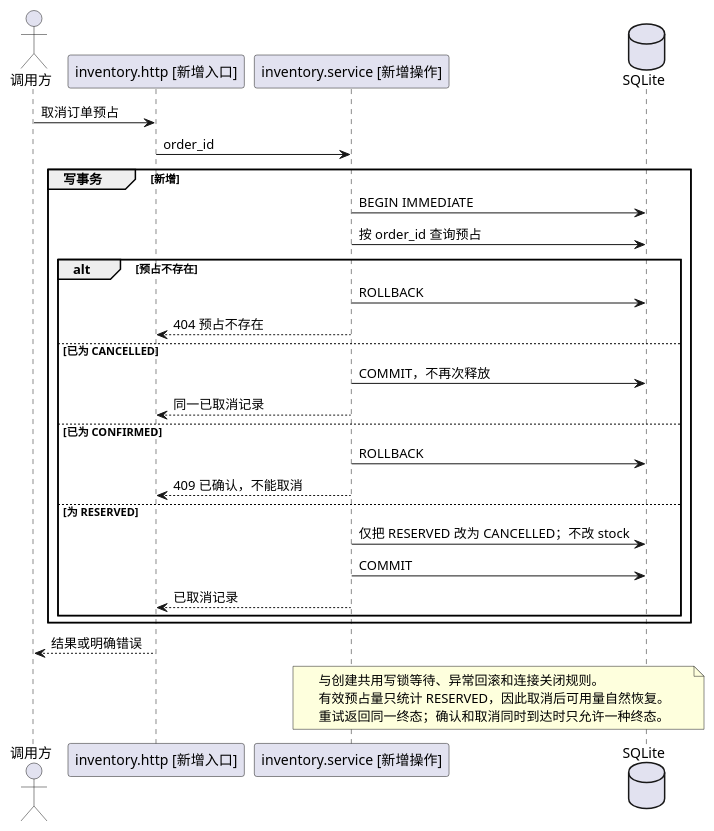
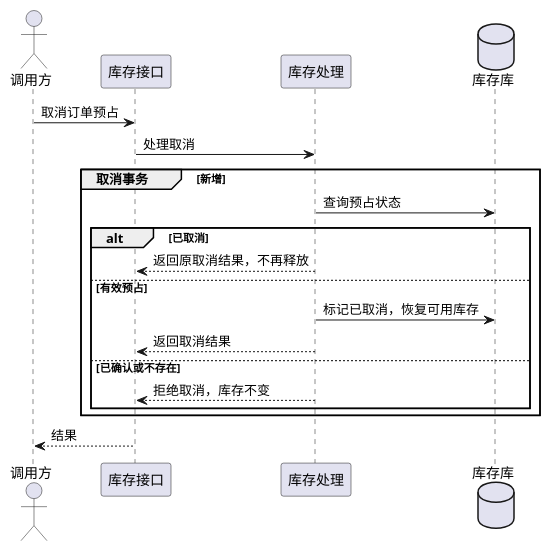
The diagram in keel-test/.keel/plans/inventory-reservations.features/cancel-reservation.md (Leeycw96/harness-project), drawn with PlantUML before and after one commit. The commit also changed other lines of this file and 15 other files, not shown here.

Commit message:
spec: 精简验收报告与业务图表表达

````diff
--- a/keel-test/.keel/plans/inventory-reservations.features/cancel-reservation.md
+++ b/keel-test/.keel/plans/inventory-reservations.features/cancel-reservation.md
@@ -12,34 +12,22 @@
 ```plantuml
 @startuml
 actor 调用方 as Caller
-participant "inventory.http [新增入口]" as API
-participant "inventory.service [新增操作]" as Service
-database SQLite as DB
+participant 库存接口 as API
+participant 库存处理 as Service
+database 库存库 as DB
 Caller -> API : 取消订单预占
-API -> Service : order_id
-group 写事务 [新增]
-  Service -> DB : BEGIN IMMEDIATE
-  Service -> DB : 按 order_id 查询预占
-  alt 预占不存在
-    Service -> DB : ROLLBACK
-    Service --> API : 404 预占不存在
-  else 已为 CANCELLED
-    Service -> DB : COMMIT，不再次释放
-    Service --> API : 同一已取消记录
-  else 已为 CONFIRMED
-    Service -> DB : ROLLBACK
-    Service --> API : 409 已确认，不能取消
-  else 为 RESERVED
-    Service -> DB : 仅把 RESERVED 改为 CANCELLED；不改 stock
-    Service -> DB : COMMIT
-    Service --> API : 已取消记录
+API -> Service : 处理取消
+group 取消事务 [新增]
+  Service -> DB : 查询预占状态
+  alt 已取消
+    Service --> API : 返回原取消结果，不再释放
+  else 有效预占
+    Service -> DB : 标记已取消，恢复可用库存
+    Service --> API : 返回取消结果
+  else 已确认或不存在
+    Service --> API : 拒绝取消，库存不变
   end
 end
-API --> Caller : 结果或明确错误
-note over Service,DB
-与创建共用写锁等待、异常回滚和连接关闭规则。
-有效预占量只统计 RESERVED，因此取消后可用量自然恢复。
-重试返回同一终态；确认和取消同时到达时只允许一种终态。
-end note
+API --> Caller : 结果
 @enduml
 ```
````
